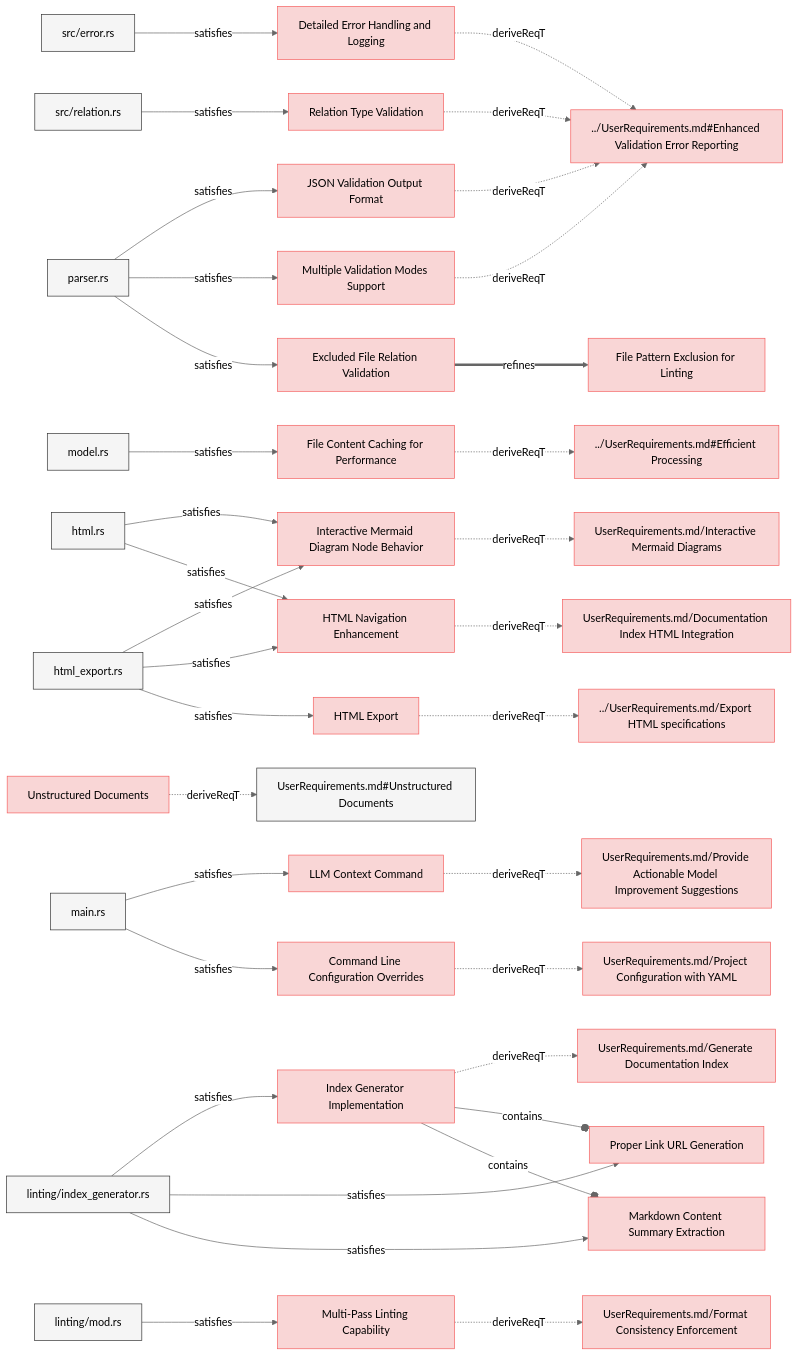
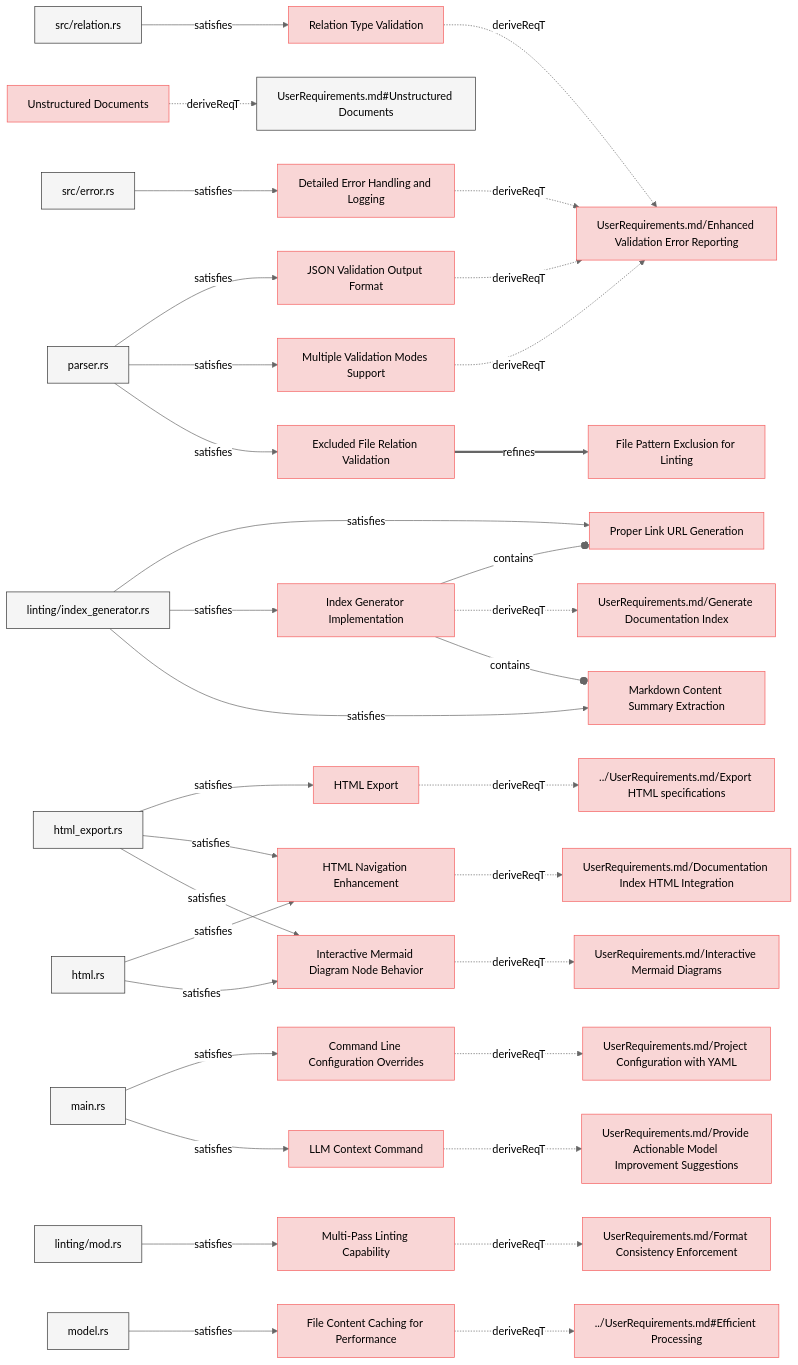
The third of 9 diagrams in specifications/SystemRequirements/Requirements.md (reqvire-org/reqvire), drawn with Mermaid (neutral theme) before and after one commit. The commit also changed other lines of this file and 5 other files, not shown here.

Commit message:
Updates spec with diagrams

````diff
--- a/specifications/SystemRequirements/Requirements.md
+++ b/specifications/SystemRequirements/Requirements.md
@@ -266,17 +286,115 @@
   classDef externalLink fill:#d0e0ff,stroke:#3080ff,stroke-width:1px;
   classDef default fill:#f5f5f5,stroke:#333333,stroke-width:1px;
 
-  bdfd9d65e4["Detailed Error Handling and Logging"];
-  click bdfd9d65e4 "Requirements.md#detailed-error-handling-and-logging";
-  class bdfd9d65e4 requirement;
-  7cf5cf9900["../UserRequirements.md#Enhanced Validation Error Reporting"];
+  5870488e00["Relation Type Validation"];
+  click 5870488e00 "Requirements.md#relation-type-validation";
+  class 5870488e00 requirement;
+  7cf5cf9900["UserRequirements.md/Enhanced Validation Error Reporting"];
   class 7cf5cf9900 requirement;
   click 7cf5cf9900 "../UserRequirements.md#enhanced-validation-error-reporting";
-  bdfd9d65e4 -.->|deriveReqT| 7cf5cf9900;
-  99af5c72de["src/error.rs"];
-  class 99af5c72de default;
-  click 99af5c72de "../../src/error.rs";
-  99af5c72de -->|satisfies| bdfd9d65e4;
+  5870488e00 -.->|deriveReqT| 7cf5cf9900;
+  7f89a342b7["src/relation.rs"];
+  class 7f89a342b7 default;
+  click 7f89a342b7 "../../src/relation.rs";
+  7f89a342b7 -->|satisfies| 5870488e00;
+  e30559f0b9["Proper Link URL Generation"];
+  click e30559f0b9 "Requirements.md#proper-link-url-generation";
+  class e30559f0b9 requirement;
+  ec70b05609["Index Generator Implementation"];
+  class ec70b05609 requirement;
+  click ec70b05609 "Requirements.md#index-generator-implementation";
+  ec70b05609 --o|contains| e30559f0b9;
+  58ac33706d["linting/index_generator.rs"];
+  class 58ac33706d default;
+  click 58ac33706d "../../src/linting/index_generator.rs";
+  58ac33706d -->|satisfies| e30559f0b9;
+  5a1719a264["Unstructured Documents"];
+  click 5a1719a264 "Requirements.md#unstructured-documents";
+  class 5a1719a264 requirement;
+  925533940c["UserRequirements.md#Unstructured Documents"];
+  class 925533940c default;
+  click 925533940c "../UserRequirements.md#unstructured-documents";
+  5a1719a264 -.->|deriveReqT| 925533940c;
+  c8b6ccc187["HTML Export"];
+  click c8b6ccc187 "Requirements.md#html-export";
+  class c8b6ccc187 requirement;
+  72c7eda618["../UserRequirements.md/Export HTML specifications"];
+  class 72c7eda618 requirement;
+  click 72c7eda618 "../UserRequirements.md#export-html-specifications";
+  c8b6ccc187 -.->|deriveReqT| 72c7eda618;
+  b55a4dd946["html_export.rs"];
+  class b55a4dd946 default;
+  click b55a4dd946 "../../src/html_export.rs";
+  b55a4dd946 -->|satisfies| c8b6ccc187;
+  86e0701b6c["HTML Navigation Enhancement"];
+  click 86e0701b6c "Requirements.md#html-navigation-enhancement";
+  class 86e0701b6c requirement;
+  e1c89b5d94["UserRequirements.md/Documentation Index HTML Integration"];
+  class e1c89b5d94 requirement;
+  click e1c89b5d94 "../UserRequirements.md#documentation-index-html-integration";
+  86e0701b6c -.->|deriveReqT| e1c89b5d94;
+  26182a4f81["html.rs"];
+  class 26182a4f81 default;
+  click 26182a4f81 "../../src/html.rs";
+  26182a4f81 -->|satisfies| 86e0701b6c;
+  b55a4dd946 -->|satisfies| 86e0701b6c;
+  dcf18d2ae4["JSON Validation Output Format"];
+  click dcf18d2ae4 "Requirements.md#json-validation-output-format";
+  class dcf18d2ae4 requirement;
+  dcf18d2ae4 -.->|deriveReqT| 7cf5cf9900;
+  c1dd54a249["parser.rs"];
+  class c1dd54a249 default;
+  click c1dd54a249 "../../src/parser.rs";
+  c1dd54a249 -->|satisfies| dcf18d2ae4;
+  f5b5eaeb28["UserRequirements.md/Generate Documentation Index"];
+  class f5b5eaeb28 requirement;
+  click f5b5eaeb28 "../UserRequirements.md#generate-documentation-index";
+  ec70b05609 -.->|deriveReqT| f5b5eaeb28;
+  58ac33706d -->|satisfies| ec70b05609;
+  94546ef055["Command Line Configuration Overrides"];
+  click 94546ef055 "Requirements.md#command-line-configuration-overrides";
+  class 94546ef055 requirement;
+  7430e12113["UserRequirements.md/Project Configuration with YAML"];
+  class 7430e12113 requirement;
+  click 7430e12113 "../UserRequirements.md#project-configuration-with-yaml";
+  94546ef055 -.->|deriveReqT| 7430e12113;
+  508bcd1e4a["main.rs"];
+  class 508bcd1e4a default;
+  click 508bcd1e4a "../../src/main.rs";
+  508bcd1e4a -->|satisfies| 94546ef055;
+  7a8da8dfee["Interactive Mermaid Diagram Node Behavior"];
+  click 7a8da8dfee "Requirements.md#interactive-mermaid-diagram-node-behavior";
+  class 7a8da8dfee requirement;
+  e867499409["UserRequirements.md/Interactive Mermaid Diagrams"];
+  class e867499409 requirement;
+  click e867499409 "../UserRequirements.md#interactive-mermaid-diagrams";
+  7a8da8dfee -.->|deriveReqT| e867499409;
+  26182a4f81 -->|satisfies| 7a8da8dfee;
+  b55a4dd946 -->|satisfies| 7a8da8dfee;
+  3b4ff428f7["Multiple Validation Modes Support"];
+  click 3b4ff428f7 "Requirements.md#multiple-validation-modes-support";
+  class 3b4ff428f7 requirement;
+  3b4ff428f7 -.->|deriveReqT| 7cf5cf9900;
+  c1dd54a249 -->|satisfies| 3b4ff428f7;
+  feb2e14e3b["Multi-Pass Linting Capability"];
+  click feb2e14e3b "Requirements.md#multi-pass-linting-capability";
+  class feb2e14e3b requirement;
+  81758bdb22["UserRequirements.md/Format Consistency Enforcement"];
+  class 81758bdb22 requirement;
+  click 81758bdb22 "../UserRequirements.md#format-consistency-enforcement";
+  feb2e14e3b -.->|deriveReqT| 81758bdb22;
+  3c61a8f8d3["linting/mod.rs"];
+  class 3c61a8f8d3 default;
+  click 3c61a8f8d3 "../../src/linting/mod.rs";
+  3c61a8f8d3 -->|satisfies| feb2e14e3b;
+  8ba9c7e059["LLM Context Command"];
+  click 8ba9c7e059 "Requirements.md#llm-context-command";
+  class 8ba9c7e059 requirement;
+  ec56dd665a["UserRequirements.md/Provide Actionable Model Improvement Suggestions"];
+  class ec56dd665a requirement;
+  click ec56dd665a "../UserRequirements.md#provide-actionable-model-improvement-suggestions";
+  8ba9c7e059 -.->|deriveReqT| ec56dd665a;
+  508bcd1e4a -->|satisfies| 8ba9c7e059;
   98bd2bd6bd["File Content Caching for Performance"];
   click 98bd2bd6bd "Requirements.md#file-content-caching-for-performance";
   class 98bd2bd6bd requirement;
@@ -288,80 +406,19 @@
   class 74b4dd6a32 default;
   click 74b4dd6a32 "../../src/model.rs";
   74b4dd6a32 -->|satisfies| 98bd2bd6bd;
-  dcf18d2ae4["JSON Validation Output Format"];
-  click dcf18d2ae4 "Requirements.md#json-validation-output-format";
-  class dcf18d2ae4 requirement;
-  dcf18d2ae4 -.->|deriveReqT| 7cf5cf9900;
-  c1dd54a249["parser.rs"];
-  class c1dd54a249 default;
-  click c1dd54a249 "../../src/parser.rs";
-  c1dd54a249 -->|satisfies| dcf18d2ae4;
-  7a8da8dfee["Interactive Mermaid Diagram Node Behavior"];
-  click 7a8da8dfee "Requirements.md#interactive-mermaid-diagram-node-behavior";
-  class 7a8da8dfee requirement;
-  e867499409["UserRequirements.md/Interactive Mermaid Diagrams"];
-  class e867499409 requirement;
-  click e867499409 "../UserRequirements.md#interactive-mermaid-diagrams";
-  7a8da8dfee -.->|deriveReqT| e867499409;
-  26182a4f81["html.rs"];
-  class 26182a4f81 default;
-  click 26182a4f81 "../../src/html.rs";
-  26182a4f81 -->|satisfies| 7a8da8dfee;
-  b55a4dd946["html_export.rs"];
-  class b55a4dd946 default;
-  click b55a4dd946 "../../src/html_export.rs";
-  b55a4dd946 -->|satisfies| 7a8da8dfee;
-  5870488e00["Relation Type Validation"];
-  click 5870488e00 "Requirements.md#relation-type-validation";
-  class 5870488e00 requirement;
-  5870488e00 -.->|deriveReqT| 7cf5cf9900;
-  7f89a342b7["src/relation.rs"];
-  class 7f89a342b7 default;
-  click 7f89a342b7 "../../src/relation.rs";
-  7f89a342b7 -->|satisfies| 5870488e00;
-  3b4ff428f7["Multiple Validation Modes Support"];
-  click 3b4ff428f7 "Requirements.md#multiple-validation-modes-support";
-  class 3b4ff428f7 requirement;
-  3b4ff428f7 -.->|deriveReqT| 7cf5cf9900;
-  c1dd54a249 -->|satisfies| 3b4ff428f7;
-  86e0701b6c["HTML Navigation Enhancement"];
-  click 86e0701b6c "Requirements.md#html-navigation-enhancement";
-  class 86e0701b6c requirement;
-  e1c89b5d94["UserRequirements.md/Documentation Index HTML Integration"];
-  class e1c89b5d94 requirement;
-  click e1c89b5d94 "../UserRequirements.md#documentation-index-html-integration";
-  86e0701b6c -.->|deriveReqT| e1c89b5d94;
-  26182a4f81 -->|satisfies| 86e0701b6c;
-  b55a4dd946 -->|satisfies| 86e0701b6c;
-  8ba9c7e059["LLM Context Command"];
-  click 8ba9c7e059 "Requirements.md#llm-context-command";
-  class 8ba9c7e059 requirement;
-  ec56dd665a["UserRequirements.md/Provide Actionable Model Improvement Suggestions"];
-  class ec56dd665a requirement;
-  click ec56dd665a "../UserRequirements.md#provide-actionable-model-improvement-suggestions";
-  8ba9c7e059 -.->|deriveReqT| ec56dd665a;
-  508bcd1e4a["main.rs"];
-  class 508bcd1e4a default;
-  click 508bcd1e4a "../../src/main.rs";
-  508bcd1e4a -->|satisfies| 8ba9c7e059;
-  ec70b05609["Index Generator Implementation"];
-  click ec70b05609 "Requirements.md#index-generator-implementation";
-  class ec70b05609 requirement;
-  f5b5eaeb28["UserRequirements.md/Generate Documentation Index"];
-  class f5b5eaeb28 requirement;
-  click f5b5eaeb28 "../UserRequirements.md#generate-documentation-index";
-  ec70b05609 -.->|deriveReqT| f5b5eaeb28;
-  58ac33706d["linting/index_generator.rs"];
-  class 58ac33706d default;
-  click 58ac33706d "../../src/linting/index_generator.rs";
-  58ac33706d -->|satisfies| ec70b05609;
-  5a1719a264["Unstructured Documents"];
-  click 5a1719a264 "Requirements.md#unstructured-documents";
-  class 5a1719a264 requirement;
-  925533940c["UserRequirements.md#Unstructured Documents"];
-  class 925533940c default;
-  click 925533940c "../UserRequirements.md#unstructured-documents";
-  5a1719a264 -.->|deriveReqT| 925533940c;
+  464cd8f172["Markdown Content Summary Extraction"];
+  click 464cd8f172 "Requirements.md#markdown-content-summary-extraction";
+  class 464cd8f172 requirement;
+  ec70b05609 --o|contains| 464cd8f172;
+  58ac33706d -->|satisfies| 464cd8f172;
+  bdfd9d65e4["Detailed Error Handling and Logging"];
+  click bdfd9d65e4 "Requirements.md#detailed-error-handling-and-logging";
+  class bdfd9d65e4 requirement;
+  bdfd9d65e4 -.->|deriveReqT| 7cf5cf9900;
+  99af5c72de["src/error.rs"];
+  class 99af5c72de default;
+  click 99af5c72de "../../src/error.rs";
+  99af5c72de -->|satisfies| bdfd9d65e4;
   c5c85bedd1["Excluded File Relation Validation"];
   click c5c85bedd1 "Requirements.md#excluded-file-relation-validation";
   class c5c85bedd1 requirement;
@@ -370,41 +427,4 @@
   click 45770e9b31 "Requirements.md#file-pattern-exclusion-for-linting";
   c5c85bedd1 ==>|refines| 45770e9b31;
   c1dd54a249 -->|satisfies| c5c85bedd1;
-  94546ef055["Command Line Configuration Overrides"];
-  click 94546ef055 "Requirements.md#command-line-configuration-overrides";
-  class 94546ef055 requirement;
-  7430e12113["UserRequirements.md/Project Configuration with YAML"];
-  class 7430e12113 requirement;
-  click 7430e12113 "../UserRequirements.md#project-configuration-with-yaml";
-  94546ef055 -.->|deriveReqT| 7430e12113;
-  508bcd1e4a -->|satisfies| 94546ef055;
-  e30559f0b9["Proper Link URL Generation"];
-  click e30559f0b9 "Requirements.md#proper-link-url-generation";
-  class e30559f0b9 requirement;
-  ec70b05609 --o|contains| e30559f0b9;
-  58ac33706d -->|satisfies| e30559f0b9;
-  feb2e14e3b["Multi-Pass Linting Capability"];
-  click feb2e14e3b "Requirements.md#multi-pass-linting-capability";
-  class feb2e14e3b requirement;
-  81758bdb22["UserRequirements.md/Format Consistency Enforcement"];
-  class 81758bdb22 requirement;
-  click 81758bdb22 "../UserRequirements.md#format-consistency-enforcement";
-  feb2e14e3b -.->|deriveReqT| 81758bdb22;
-  3c61a8f8d3["linting/mod.rs"];
-  class 3c61a8f8d3 default;
-  click 3c61a8f8d3 "../../src/linting/mod.rs";
-  3c61a8f8d3 -->|satisfies| feb2e14e3b;
-  464cd8f172["Markdown Content Summary Extraction"];
-  click 464cd8f172 "Requirements.md#markdown-content-summary-extraction";
-  class 464cd8f172 requirement;
-  ec70b05609 --o|contains| 464cd8f172;
-  58ac33706d -->|satisfies| 464cd8f172;
-  c8b6ccc187["HTML Export"];
-  click c8b6ccc187 "Requirements.md#html-export";
-  class c8b6ccc187 requirement;
-  72c7eda618["../UserRequirements.md/Export HTML specifications"];
-  class 72c7eda618 requirement;
-  click 72c7eda618 "../UserRequirements.md#export-html-specifications";
-  c8b6ccc187 -.->|deriveReqT| 72c7eda618;
-  b55a4dd946 -->|satisfies| c8b6ccc187;
 ```
````
